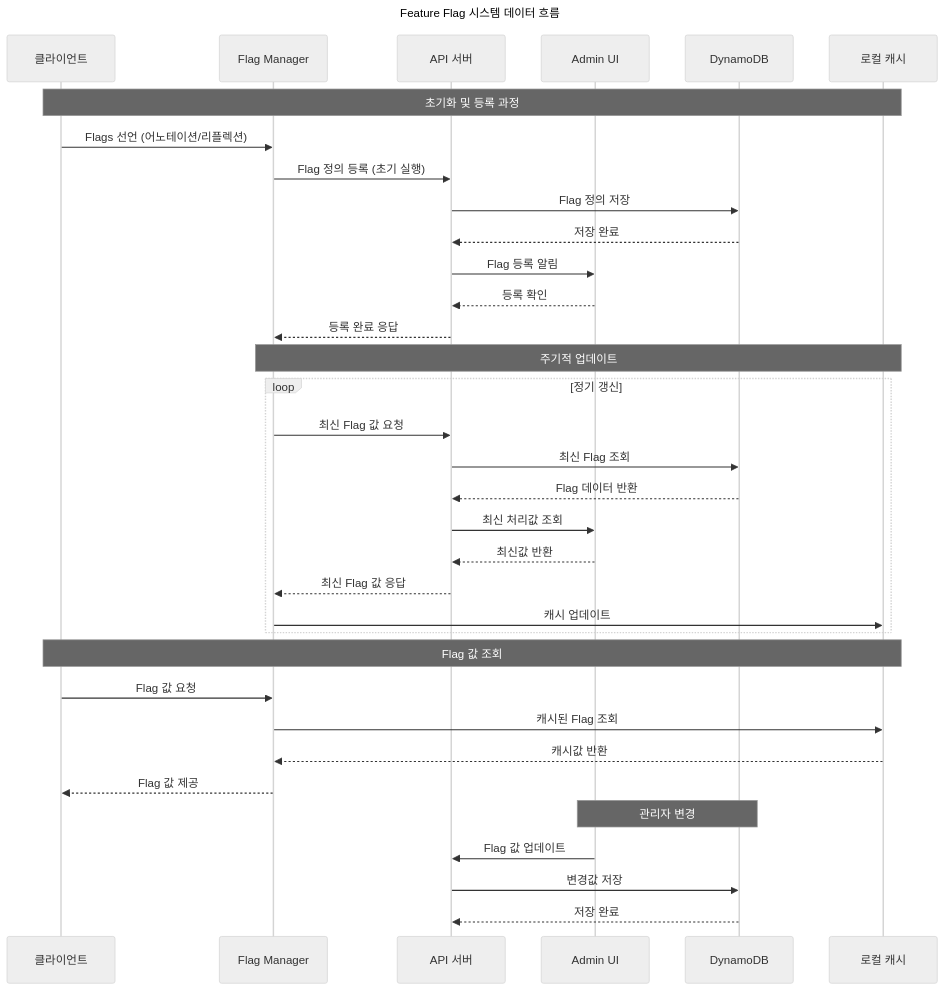
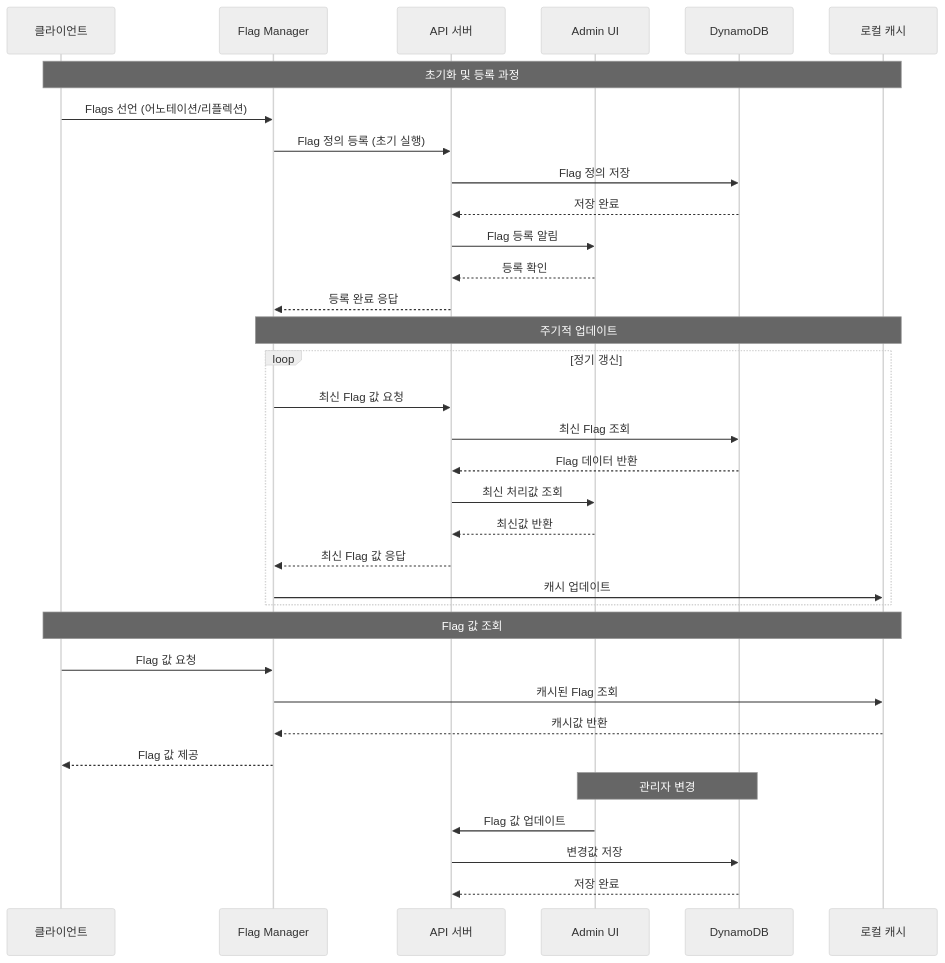
One commit to yeokyeong-yoon/yeokyeong-yoon.github.io changed the diagram in _posts/2025-03-16-feature-flag.md. Above: the diagram before and after it, drawn with Mermaid (neutral theme). The commit also changed other lines of this file and 1 other file, not shown here.

Commit message:
fix mermmaid syntax error

````diff
--- a/_posts/2025-03-16-feature-flag.md
+++ b/_posts/2025-03-16-feature-flag.md
@@ -20,43 +20,40 @@
 ```mermaid
----
-title: Feature Flag 시스템 데이터 흐름
----
 sequenceDiagram
     participant Client as 클라이언트
     participant Manager as Flag Manager
     participant API as API 서버
     participant Admin as Admin UI
     participant DB as DynamoDB
     participant Cache as 로컬 캐시
 
     Note over Client,Cache: 초기화 및 등록 과정
     Client->>Manager: Flags 선언 (어노테이션/리플렉션)
     Manager->>API: Flag 정의 등록 (초기 실행)
     API->>DB: Flag 정의 저장
     DB-->>API: 저장 완료
     API->>Admin: Flag 등록 알림
     Admin-->>API: 등록 확인
     API-->>Manager: 등록 완료 응답
 
     Note over Manager,Cache: 주기적 업데이트
     loop 정기 갱신
         Manager->>API: 최신 Flag 값 요청
         API->>DB: 최신 Flag 조회
         DB-->>API: Flag 데이터 반환
         API->>Admin: 최신 처리값 조회
         Admin-->>API: 최신값 반환
         API-->>Manager: 최신 Flag 값 응답
         Manager->>Cache: 캐시 업데이트
     end
 
     Note over Client,Cache: Flag 값 조회
     Client->>Manager: Flag 값 요청
     Manager->>Cache: 캐시된 Flag 조회
     Cache-->>Manager: 캐시값 반환
     Manager-->>Client: Flag 값 제공
 
     Note over Admin,DB: 관리자 변경
     Admin->>API: Flag 값 업데이트
     API->>DB: 변경값 저장
     DB-->>API: 저장 완료
 ```
````
